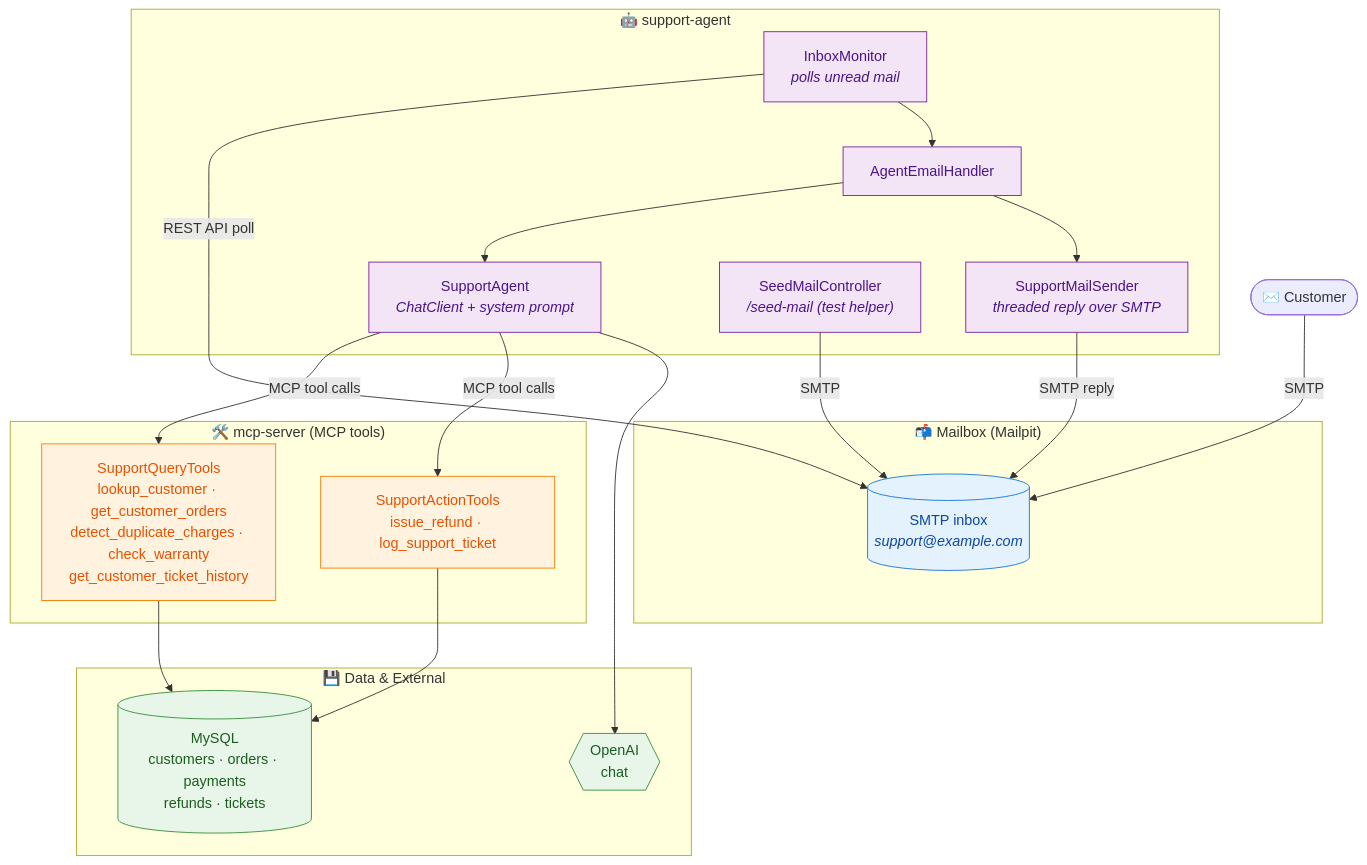
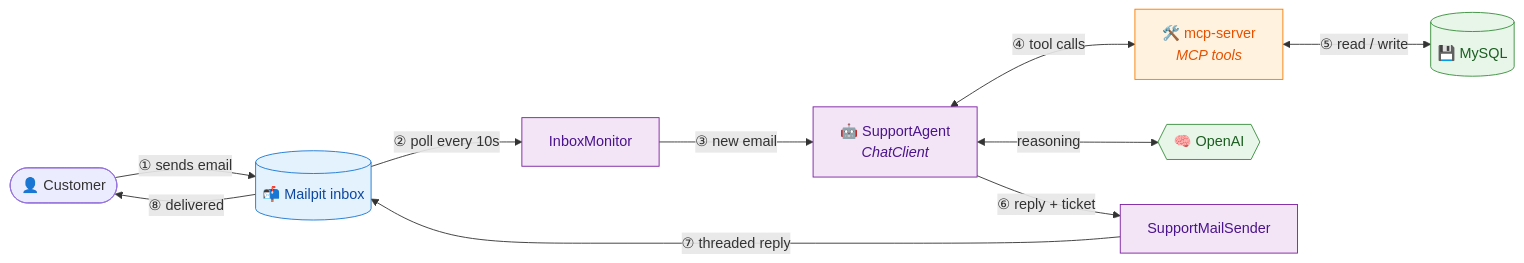
One commit to RaviPrakash1264/MailFlow-AI changed the diagram in README.md. Above: the diagram before and after it, drawn with Mermaid.

Commit message:
readme file updated

````diff
--- a/README.md
+++ b/README.md
@@ -47,48 +47,23 @@
 ```mermaid
-flowchart TB
-    customer([✉️ Customer])
+flowchart LR
+    cust(["👤 Customer"]) -->|"① sends email"| inbox[("📬 Mailpit inbox")]
+    inbox -->|"② poll every 10s"| monitor["InboxMonitor"]
+    monitor -->|"③ new email"| brain["🤖 SupportAgent<br/><i>ChatClient</i>"]
 
-    subgraph mailbox["📬 Mailbox (Mailpit)"]
-        inbox[("SMTP inbox<br/><i>support@example.com</i>")]
-    end
+    brain <-->|"④ tool calls"| tools["🛠️ mcp-server<br/><i>MCP tools</i>"]
+    tools <-->|"⑤ read / write"| mysql[("💾 MySQL")]
+    brain <-->|"reasoning"| openai{{"🧠 OpenAI"}}
 
-    subgraph agent["🤖 support-agent"]
-        monitor["InboxMonitor<br/><i>polls unread mail</i>"]
-        handler["AgentEmailHandler"]
-        core["SupportAgent<br/><i>ChatClient + system prompt</i>"]
-        sender["SupportMailSender<br/><i>threaded reply over SMTP</i>"]
-        seed["SeedMailController<br/><i>/seed-mail (test helper)</i>"]
-    end
-
-    subgraph mcp["🛠️ mcp-server (MCP tools)"]
-        query["SupportQueryTools<br/>lookup_customer · get_customer_orders<br/>detect_duplicate_charges · check_warranty<br/>get_customer_ticket_history"]
-        action["SupportActionTools<br/>issue_refund · log_support_ticket"]
-    end
-
-    subgraph data["💾 Data & External"]
-        mysql[("MySQL<br/>customers · orders · payments<br/>refunds · tickets")]
-        openai{{"OpenAI<br/>chat"}}
-    end
-
-    customer -->|SMTP| inbox
-    monitor -->|REST API poll| inbox
-    monitor --> handler
-    handler --> core
-    core -->|MCP tool calls| query
-    core -->|MCP tool calls| action
-    query --> mysql
-    action --> mysql
-    core --> openai
-    handler --> sender
-    sender -->|SMTP reply| inbox
-    seed -->|SMTP| inbox
+    brain -->|"⑥ reply + ticket"| sender["SupportMailSender"]
+    sender -->|"⑦ threaded reply"| inbox
+    inbox -->|"⑧ delivered"| cust
 
     classDef mailStyle fill:#e3f2fd,stroke:#1976d2,color:#0d47a1;
     classDef agentStyle fill:#f3e5f5,stroke:#7b1fa2,color:#4a148c;
     classDef mcpStyle fill:#fff3e0,stroke:#f57c00,color:#e65100;
     classDef dataStyle fill:#e8f5e9,stroke:#388e3c,color:#1b5e20;
     class inbox mailStyle;
-    class monitor,handler,core,sender,seed agentStyle;
-    class query,action mcpStyle;
+    class monitor,brain,sender agentStyle;
+    class tools mcpStyle;
     class mysql,openai dataStyle;
 ```
````
